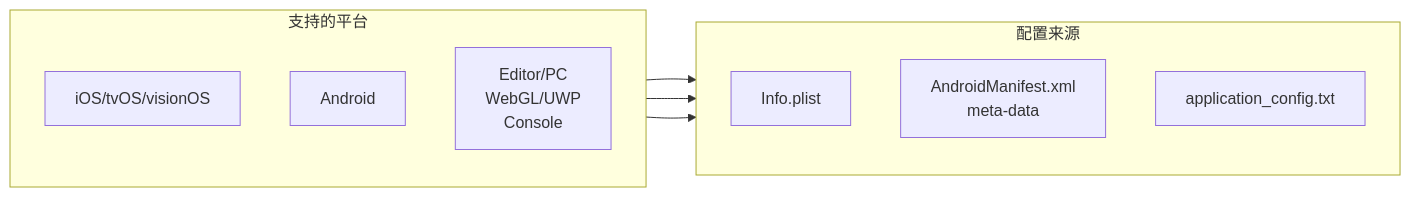
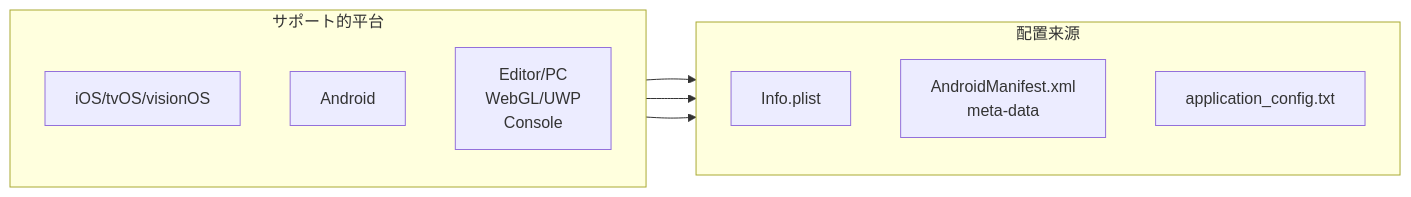
The second of 3 diagrams in docs/ja/client/unity/component/getchannel/01.overview.md (AlianBlank/GameFrameX.Docs), drawn with Mermaid before and after one commit. The commit also changed other lines of this file and 603 other files, not shown here.

````diff
--- a/docs/ja/client/unity/component/getchannel/01.overview.md
+++ b/docs/ja/client/unity/component/getchannel/01.overview.md
@@ -73,20 +73,20 @@
 ```mermaid
 flowchart LR
-    subgraph Platforms["支持的平台"]
+    subgraph Platforms["サポート的平台"]
         direction TB
         iOS[iOS/tvOS/visionOS]
         Android[Android]
         Desktop[Editor/PC<br/>WebGL/UWP<br/>Console]
     end
 
     subgraph ConfigSources["配置来源"]
         direction TB
         Plist[Info.plist]
         Manifest[AndroidManifest.xml<br/>meta-data]
         ConfigTxt[application_config.txt]
     end
 
     iOS --> Plist
     Android --> Manifest
     Desktop --> ConfigTxt
 ```
````
